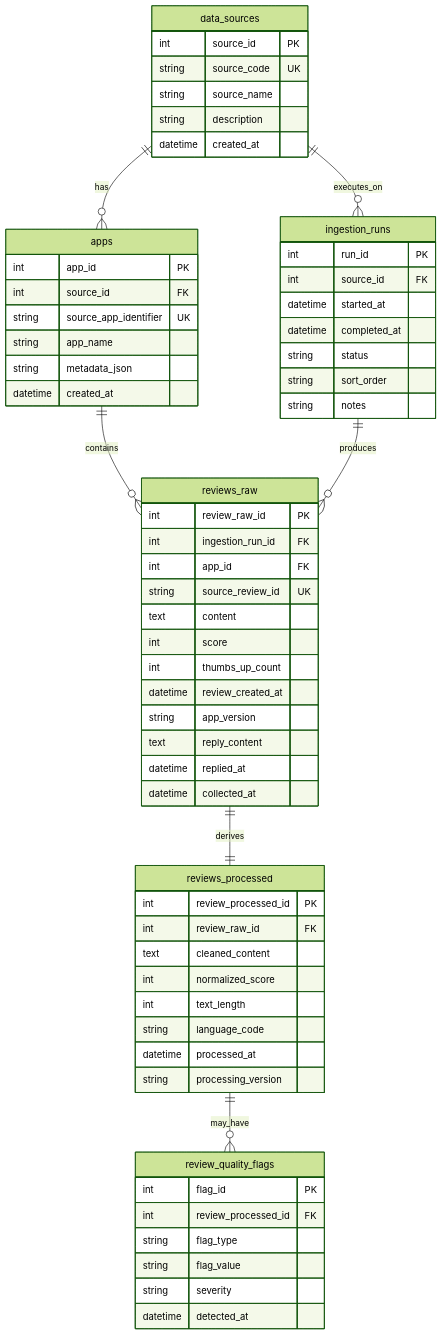
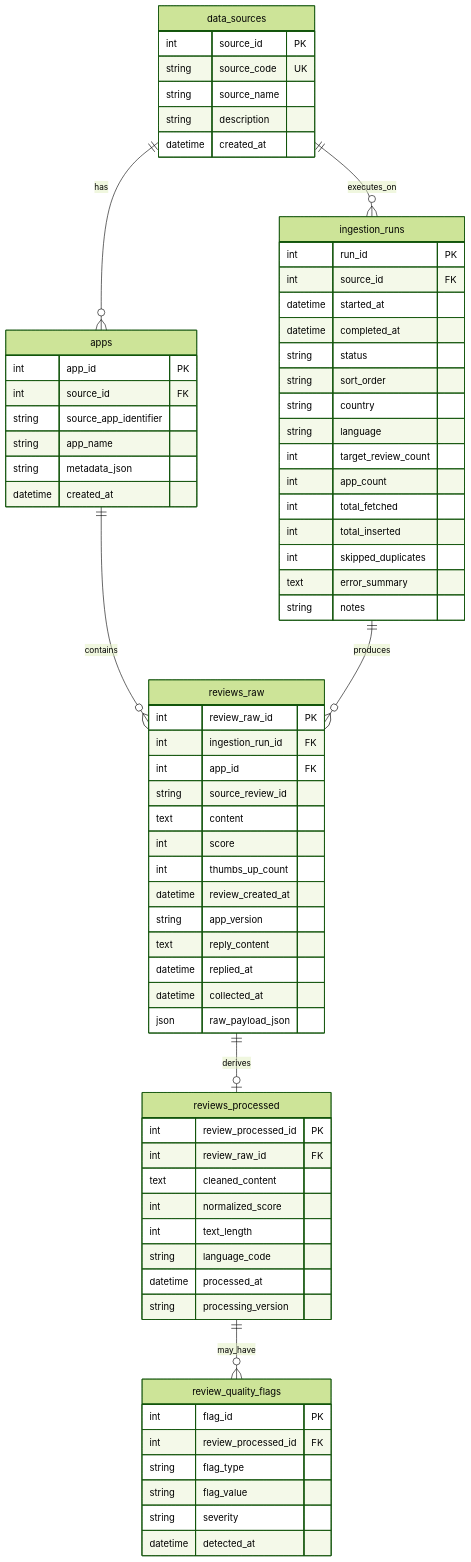
One commit to Er1c-Shi/google-play-review-prototype changed the diagram in database_erd.md. Above: the diagram before and after it, drawn with Mermaid (forest theme). The commit also changed other lines of this file and 1 other file, not shown here.

````diff
--- a/database_erd.md
+++ b/database_erd.md
@@ -1,71 +1,80 @@
 ```mermaid
 erDiagram
     data_sources ||--o{ apps : "has"
     data_sources ||--o{ ingestion_runs : "executes_on"
     apps ||--o{ reviews_raw : "contains"
     ingestion_runs ||--o{ reviews_raw : "produces"
-    reviews_raw ||--|| reviews_processed : "derives"
+    reviews_raw ||--o| reviews_processed : "derives"
     reviews_processed ||--o{ review_quality_flags : "may_have"
 
     data_sources {
         int source_id PK
         string source_code UK
         string source_name
         string description
         datetime created_at
     }
 
     apps {
         int app_id PK
         int source_id FK
-        string source_app_identifier UK
+        string source_app_identifier
         string app_name
         string metadata_json
         datetime created_at
     }
 
     ingestion_runs {
         int run_id PK
         int source_id FK
         datetime started_at
         datetime completed_at
         string status
         string sort_order
+        string country
+        string language
+        int target_review_count
+        int app_count
+        int total_fetched
+        int total_inserted
+        int skipped_duplicates
+        text error_summary
         string notes
     }
 
     reviews_raw {
         int review_raw_id PK
         int ingestion_run_id FK
         int app_id FK
-        string source_review_id UK
+        string source_review_id
         text content
         int score
         int thumbs_up_count
         datetime review_created_at
         string app_version
         text reply_content
         datetime replied_at
         datetime collected_at
+        json raw_payload_json
     }
 
     reviews_processed {
         int review_processed_id PK
         int review_raw_id FK
         text cleaned_content
         int normalized_score
         int text_length
         string language_code
         datetime processed_at
         string processing_version
     }
 
     review_quality_flags {
         int flag_id PK
         int review_processed_id FK
         string flag_type
         string flag_value
         string severity
         datetime detected_at
     }
 ```
````
